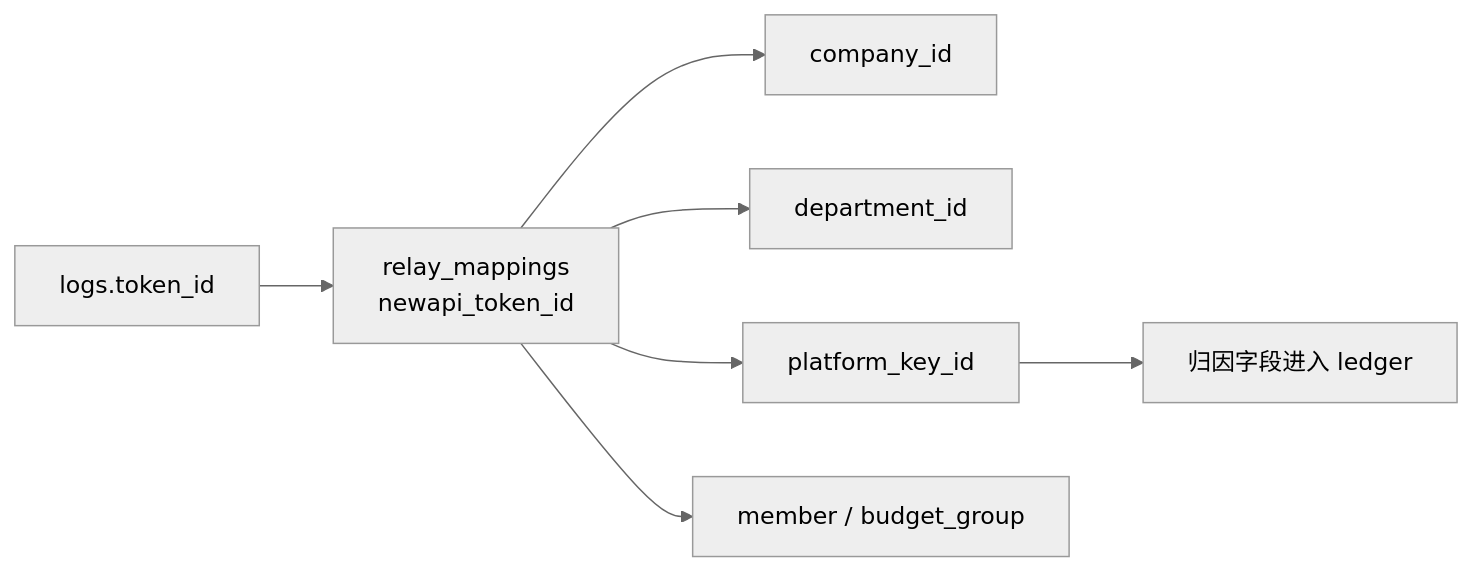
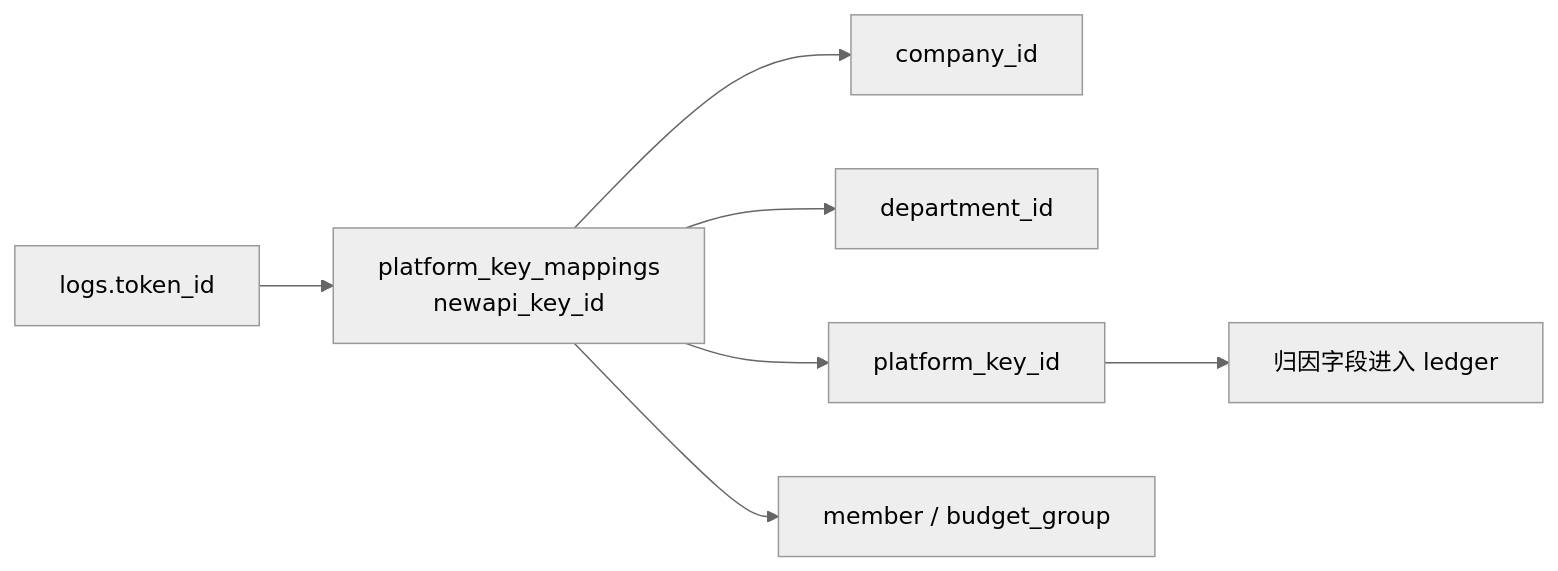
One commit to quyip8818/mytokenjoy changed the fifth of 8 diagrams in docs/Backend-Ingest架构.md. Above: the diagram before and after it, drawn with Mermaid (neutral theme). The commit also changed other lines of this file and 169 other files, not shown here.

````diff
--- a/docs/Backend-Ingest架构.md
+++ b/docs/Backend-Ingest架构.md
@@ -188,9 +188,9 @@
 ```mermaid
 flowchart LR
-  Log["logs.token_id"] --> Map["relay_mappings<br/>newapi_token_id"]
+  Log["logs.token_id"] --> Map["platform_key_mappings<br/>newapi_key_id"]
   Map --> Co[company_id]
   Map --> Dept[department_id]
   Map --> Key[platform_key_id]
   Map --> Mem[member / budget_group]
   Key --> Attr[归因字段进入 ledger]
 ```
````
